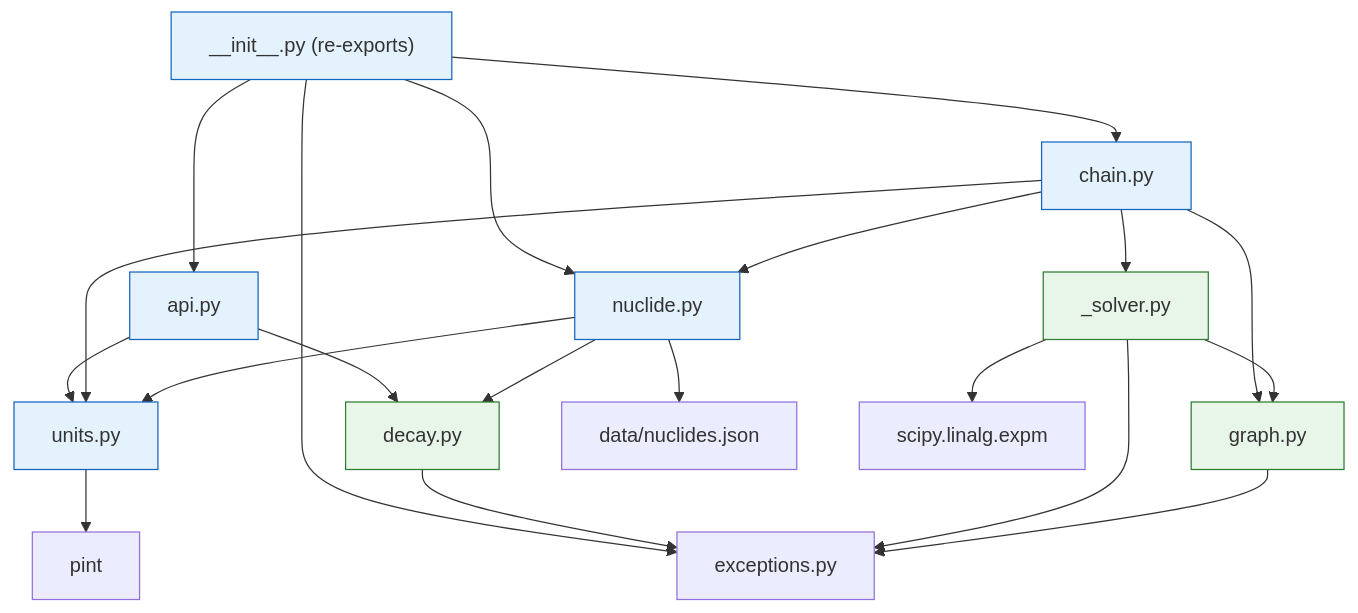
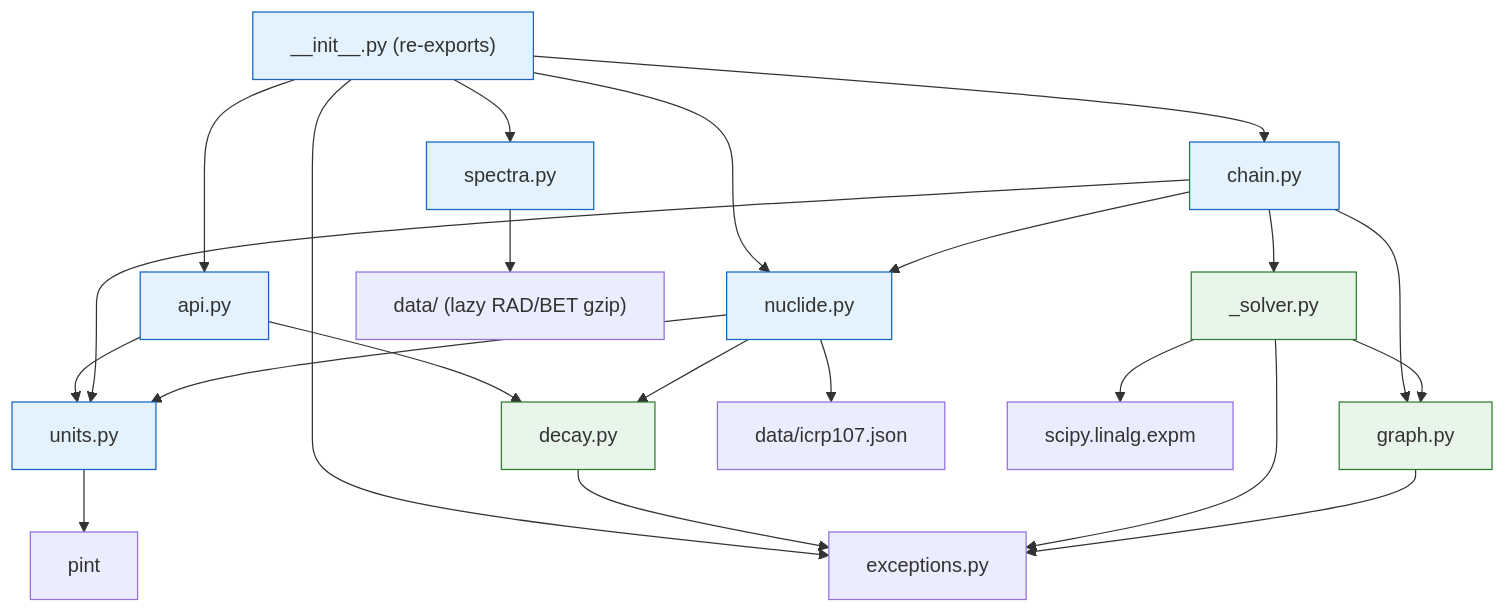
The first of 3 diagrams in docs/architecture.md (DanielDeshmukh/pydecay), drawn with Mermaid before and after one commit. The commit also changed other lines of this file and 8 other files, not shown here.

Commit message:
docs: document ICRP-107 default catalog and spectra pipeline

````diff
--- a/docs/architecture.md
+++ b/docs/architecture.md
@@ -8,26 +8,28 @@
 ```mermaid
 graph TD
     INIT["__init__.py (re-exports)"] --> API[api.py]
     INIT --> CH[chain.py]
     INIT --> NU[nuclide.py]
     INIT --> EX[exceptions.py]
     API --> U[units.py]
     API --> D[decay.py]
     CH --> S["_solver.py"]
     CH --> G[graph.py]
     CH --> NU
     CH --> U
     NU --> U
     NU --> D
-    NU --> DATA["data/nuclides.json"]
+    NU --> DATA["data/icrp107.json"]
+    INIT --> SP[spectra.py]
+    SP --> DLOAD["data/ (lazy RAD/BET gzip)"]
     S --> G
     S --> SCIPY["scipy.linalg.expm"]
     D --> EX
     S --> EX
     G --> EX
     U --> PINT[pint]
     classDef pure fill:#e8f5e9,stroke:#2e7d32
     classDef edge fill:#e3f2fd,stroke:#1565c0
     class D,G,S pure
-    class API,CH,NU,U,INIT edge
+    class API,CH,NU,U,INIT,SP edge
 ```
````
